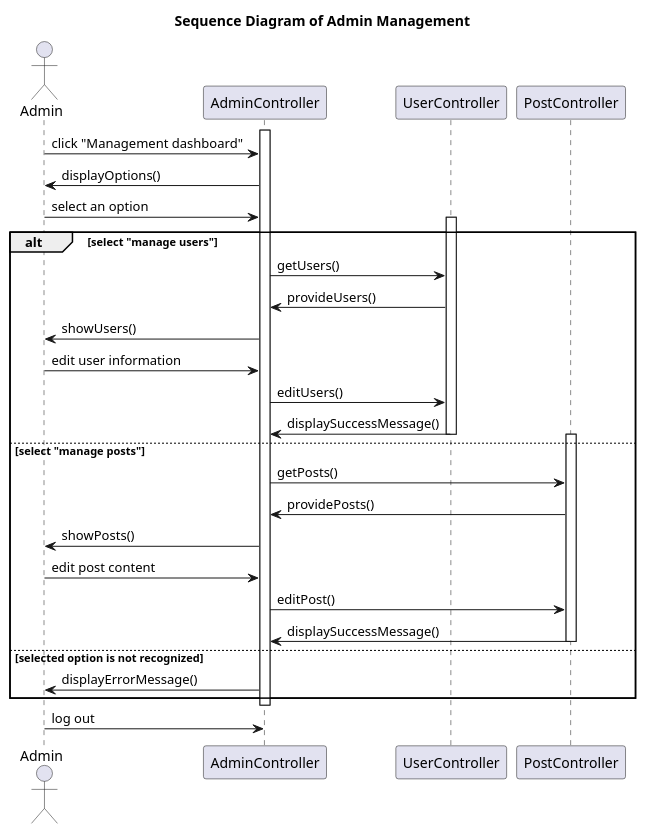
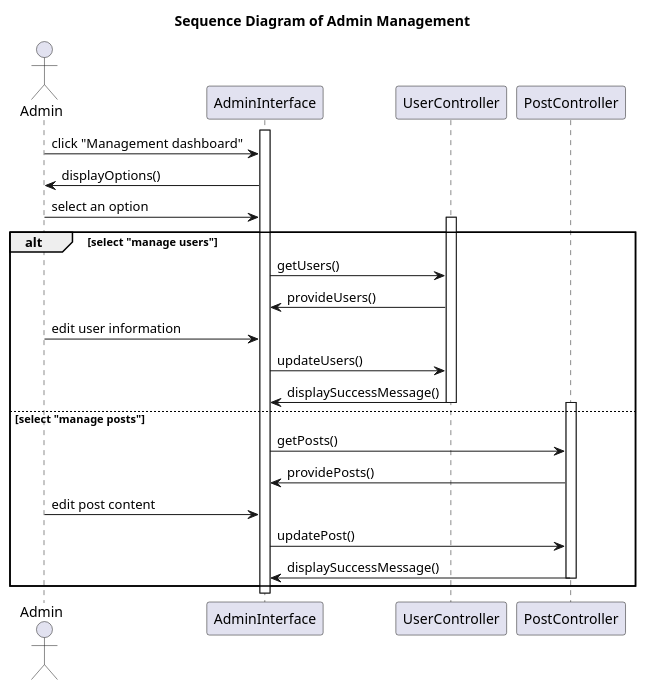
One commit to Vizards8/Hey_Badminton changed the diagram in Diagram/Sequence Diagram/admin management.puml. Above: the diagram before and after it, drawn with PlantUML. The commit also changed 4 other files, not shown here.

Commit message:
Add Interface to Sequence Diagrams

```diff
--- a/Diagram/Sequence Diagram/admin management.puml
+++ b/Diagram/Sequence Diagram/admin management.puml
@@ -1,52 +1,44 @@
 @startuml
 title Sequence Diagram of Admin Management
 
 actor Admin
 
-participant "AdminController" as System
+participant "AdminInterface" as System
 participant "UserController" as UC
 participant "PostController" as PC
 
 activate System
 
 Admin -> System: click "Management dashboard"
 System -> Admin: displayOptions()
 Admin -> System: select an option
 
 alt select "manage users"
 
     activate UC
     System -> UC: getUsers()
     UC -> System: provideUsers()
 
-    System -> Admin: showUsers()
     Admin -> System: edit user information
 
-    System -> UC: editUsers()
+    System -> UC: updateUsers()
     UC -> System: displaySuccessMessage()
     deactivate UC
 
 else select "manage posts"
 
     activate PC
     System -> PC: getPosts()
     PC -> System: providePosts()
 
-    System -> Admin: showPosts()
     Admin -> System: edit post content
 
-    System -> PC: editPost()
+    System -> PC: updatePost()
     PC -> System: displaySuccessMessage()
     deactivate PC
-
-else selected option is not recognized
-
-    System -> Admin: displayErrorMessage()
 
 end
 
 deactivate System
 
-Admin -> System: log out
-
 @enduml
```
